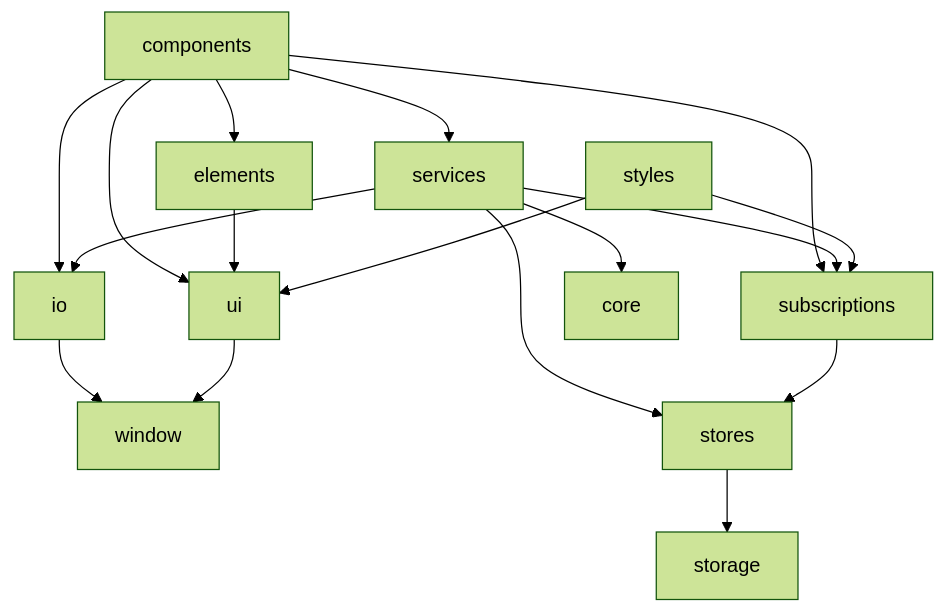
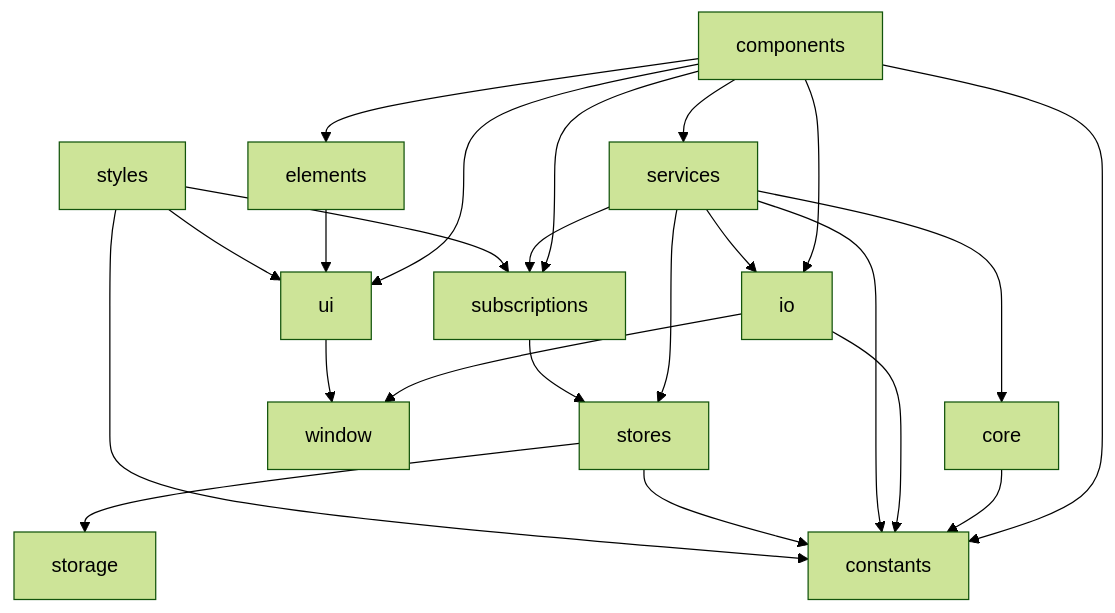
The diagram in README.md (mattriley/agile-avatars), drawn with Mermaid (forest theme) before and after one commit. The commit also changed other lines of this file and 28 other files, not shown here.

````diff
--- a/README.md
+++ b/README.md
@@ -304,19 +304,25 @@
 ```mermaid
 graph TD;
     components-->io;
     components-->ui;
     components-->elements;
     components-->services;
     components-->subscriptions;
+    components-->constants;
+    core-->constants;
     elements-->ui;
     io-->window;
+    io-->constants;
     services-->subscriptions;
     services-->stores;
     services-->core;
     services-->io;
+    services-->constants;
     stores-->storage;
+    stores-->constants;
     styles-->ui;
     styles-->subscriptions;
+    styles-->constants;
     subscriptions-->stores;
     ui-->window;
 ```
````
